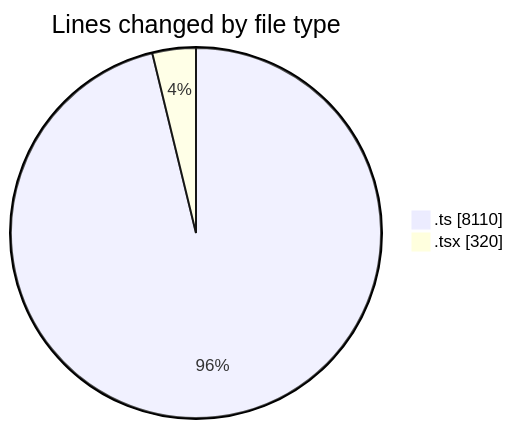
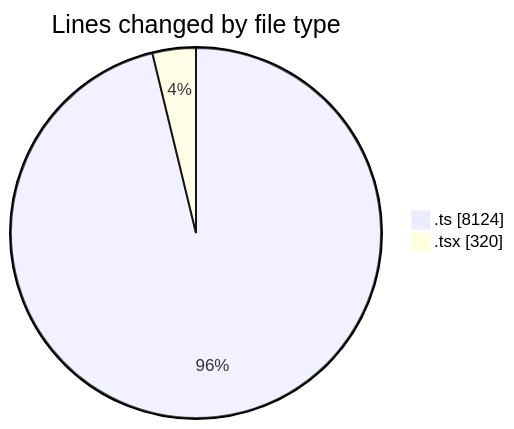
The first of 2 diagrams in 2025-08-13/cda/README.md (momahboobian/code-tracking), drawn with Mermaid before and after one commit. The commit also changed other lines of this file and 1 other file, not shown here.

````diff
--- a/2025-08-13/cda/README.md
+++ b/2025-08-13/cda/README.md
@@ -24,6 +24,6 @@
 ```mermaid
 pie showData
 title Lines changed by file type
-".ts" : 8110
+".ts" : 8124
 ".tsx" : 320
 ```
````
